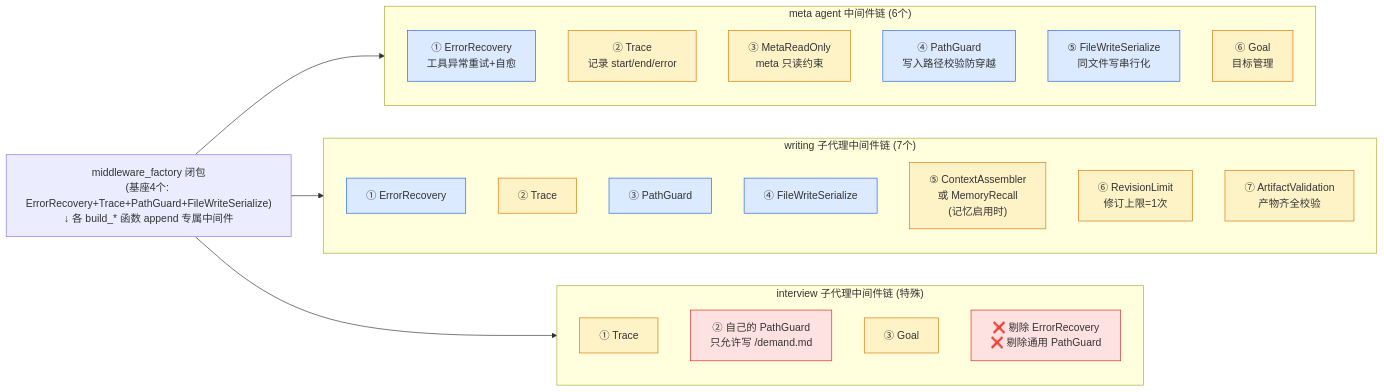
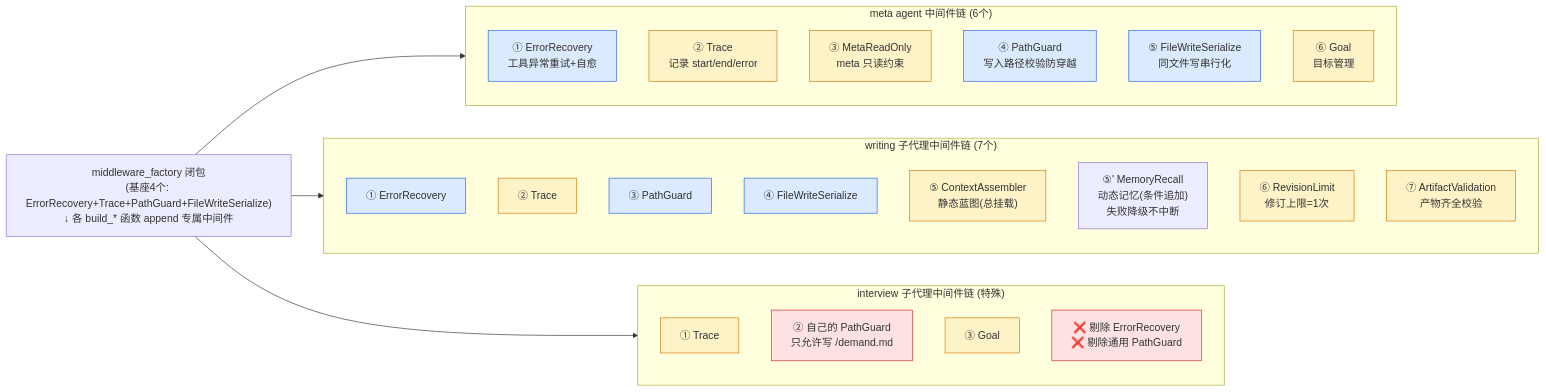
The sixth of 8 diagrams in docs/系统心智模型.md (gaoshoupaper-code/EvoWriter), drawn with Mermaid before and after one commit. The commit also changed other lines of this file and 27 other files, not shown here.

First line of the commit message:
feat(memory): NWM 记忆系统重构 — 去 Graphiti，自研叙事学类型化记忆

````diff
--- a/docs/系统心智模型.md
+++ b/docs/系统心智模型.md
@@ -494,45 +510,46 @@
 ```mermaid
 flowchart LR
     subgraph Meta["meta agent 中间件链 (6个)"]
         direction TB
         M1["① ErrorRecovery<br/>工具异常重试+自愈"]
         M2["② Trace<br/>记录 start/end/error"]
         M3["③ MetaReadOnly<br/>meta 只读约束"]
         M4["④ PathGuard<br/>写入路径校验防穿越"]
         M5["⑤ FileWriteSerialize<br/>同文件写串行化"]
         M6["⑥ Goal<br/>目标管理"]
     end
 
     subgraph Writing["writing 子代理中间件链 (7个)"]
         direction TB
         W1["① ErrorRecovery"]
         W2["② Trace"]
         W3["③ PathGuard"]
         W4["④ FileWriteSerialize"]
-        W5["⑤ ContextAssembler<br/>或 MemoryRecall<br/>(记忆启用时)"]
+        W5["⑤ ContextAssembler<br/>静态蓝图(总挂载)"]
+        W5b["⑤' MemoryRecall<br/>动态记忆(条件追加)<br/>失败降级不中断"]
         W6["⑥ RevisionLimit<br/>修订上限=1次"]
         W7["⑦ ArtifactValidation<br/>产物齐全校验"]
     end
 
     subgraph Interview["interview 子代理中间件链 (特殊)"]
         direction TB
         IV1["① Trace"]
         IV2["② 自己的 PathGuard<br/>只允许写 /demand.md"]
         IV3["③ Goal"]
         IV4["❌ 剔除 ErrorRecovery<br/>❌ 剔除通用 PathGuard"]
     end
 
     Factory["middleware_factory 闭包<br/>(基座4个: ErrorRecovery+Trace+PathGuard+FileWriteSerialize)<br/>↓ 各 build_* 函数 append 专属中间件"]
 
     Factory --> Meta
     Factory --> Writing
     Factory --> Interview
 
     classDef base fill:#dbeafe,stroke:#2563eb
     classDef unique fill:#fef3c7,stroke:#d97706
     classDef special fill:#fee2e2,stroke:#dc2626
 
     class M1,M4,M5,W1,W3,W4 base
     class M2,M3,M6,W2,W5,W6,W7,IV1,IV3 unique
     class IV2,IV4 special
 ```
````
